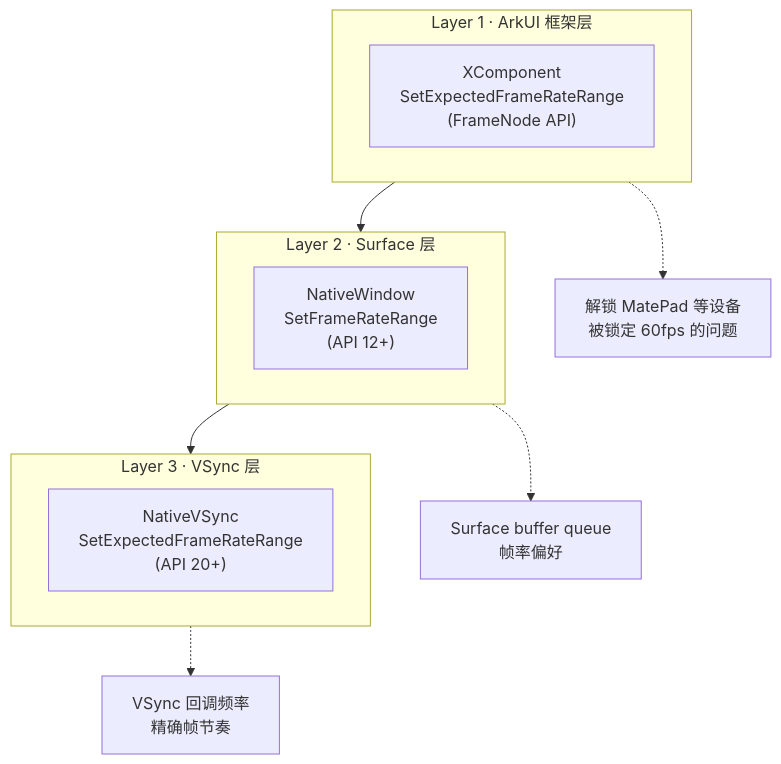
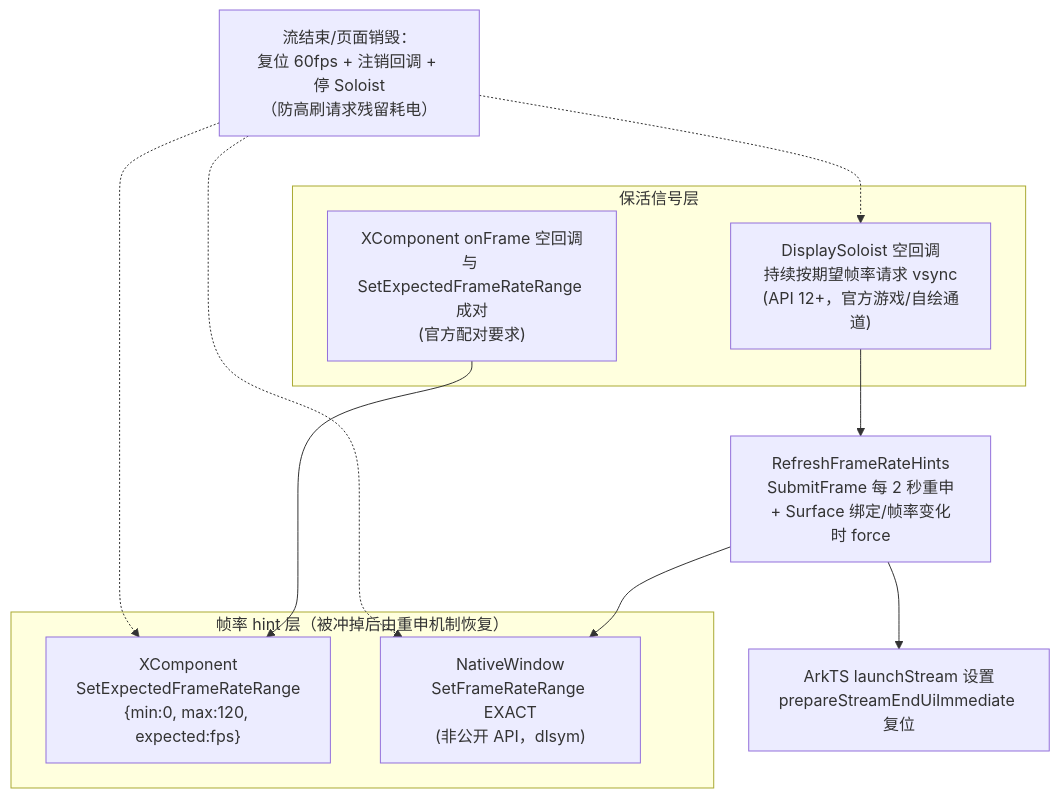
Before and after one commit to AlkaidLab/moonlight-harmony: the fifth of 7 diagrams in docs/VIDEO_DECODE_RENDER_ARCHITECTURE.md, drawn with Mermaid. The commit also changed other lines of this file and 8 other files, not shown here.

````diff
--- a/docs/VIDEO_DECODE_RENDER_ARCHITECTURE.md
+++ b/docs/VIDEO_DECODE_RENDER_ARCHITECTURE.md
@@ -146,25 +149,24 @@
 ```mermaid
 graph TB
-    subgraph L1 ["Layer 1 · ArkUI 框架层"]
-        XCRate["XComponent<br/>SetExpectedFrameRateRange<br/>(FrameNode API)"]
+    subgraph KA ["保活信号层"]
+        DS["DisplaySoloist 空回调<br/>持续按期望帧率请求 vsync<br/>(API 12+，官方游戏/自绘通道)"]
+        ONFRAME["XComponent onFrame 空回调<br/>与 SetExpectedFrameRateRange 成对<br/>(官方配对要求)"]
     end
 
-    subgraph L2 ["Layer 2 · Surface 层"]
-        NWRate["NativeWindow<br/>SetFrameRateRange<br/>(API 12+)"]
+    subgraph HINTS ["帧率 hint 层（被冲掉后由重申机制恢复）"]
+        XCRate["XComponent<br/>SetExpectedFrameRateRange<br/>{min:0, max:120, expected:fps}"]
+        NWRate["NativeWindow<br/>SetFrameRateRange EXACT<br/>(非公开 API，dlsym)"]
     end
 
-    subgraph L3 ["Layer 3 · VSync 层"]
-        VSRate["NativeVSync<br/>SetExpectedFrameRateRange<br/>(API 20+)"]
-    end
+    DS --> REFRESH
+    ONFRAME --> XCRate
+    REFRESH["RefreshFrameRateHints<br/>SubmitFrame 每 2 秒重申<br/>+ Surface 绑定/帧率变化时 force"]
 
-    L1 --> L2 --> L3
+    REFRESH --> XCRATE2["ArkTS launchStream 设置<br/>prepareStreamEndUiImmediate 复位"]
+    REFRESH --> NWRate
 
-    Note1["解锁 MatePad 等设备<br/>被锁定 60fps 的问题"]
-    L1 -.-> Note1
-
-    Note2["Surface buffer queue<br/>帧率偏好"]
-    L2 -.-> Note2
-
-    Note3["VSync 回调频率<br/>精确帧节奏"]
-    L3 -.-> Note3
+    RESET["流结束/页面销毁：<br/>复位 60fps + 注销回调 + 停 Soloist<br/>（防高刷请求残留耗电）"]
+    RESET -.-> NWRate
+    RESET -.-> XCRate
+    RESET -.-> DS
 ```
````
